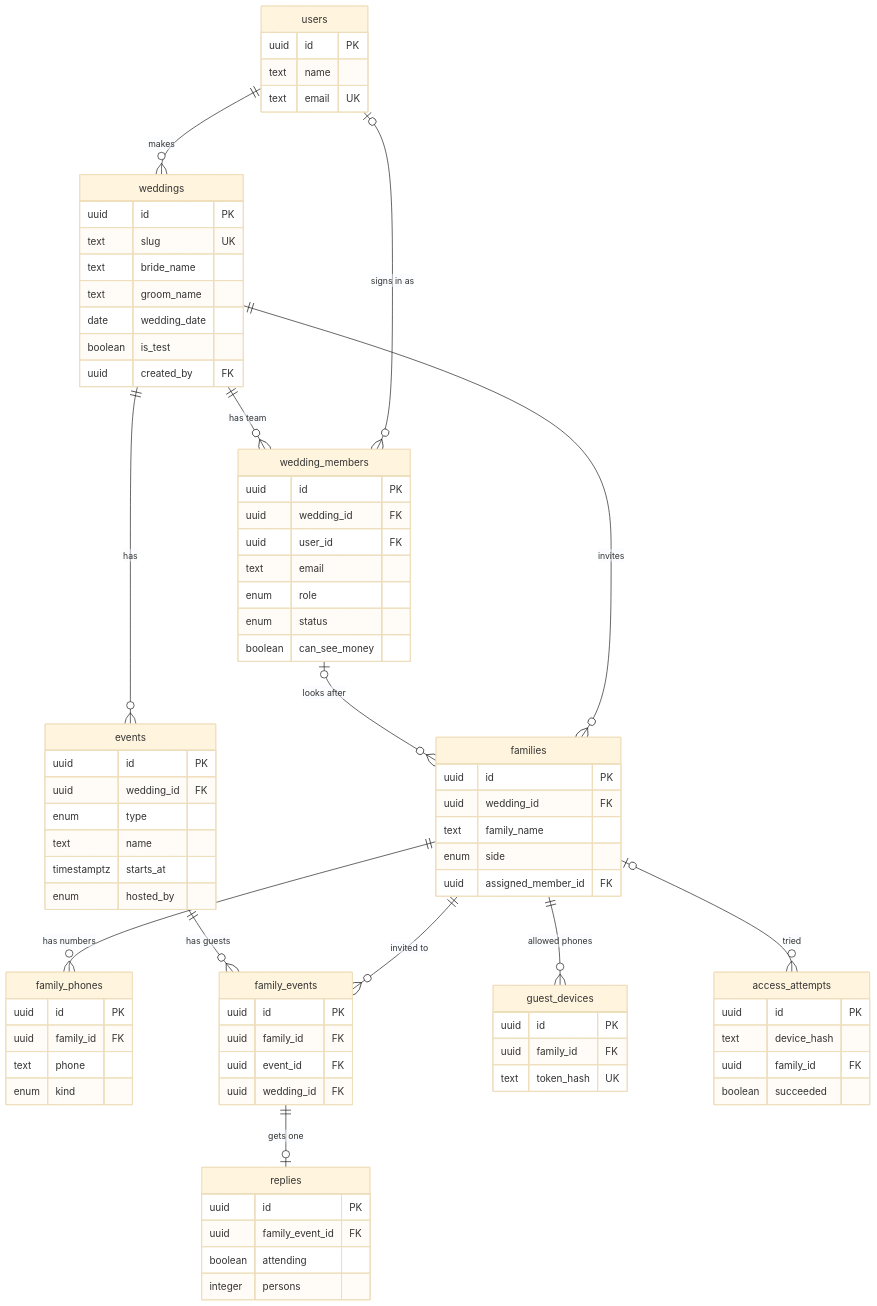
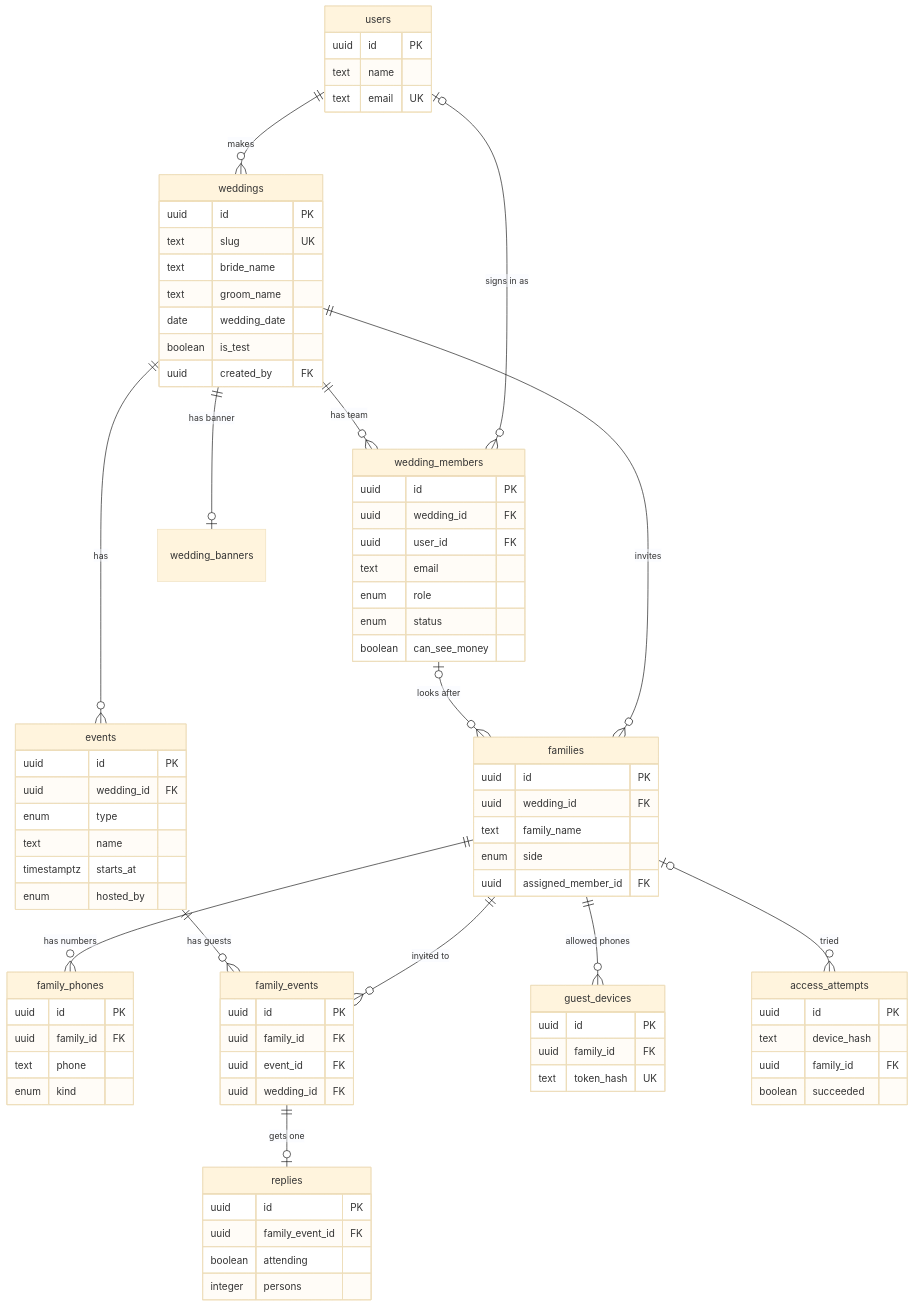
The diagram in docs/architecture/2026-10-25-shaadidesk-database-design.md (chanchal2003/Wedding-Planer-), drawn with Mermaid (base theme) before and after one commit. The commit also changed other lines of this file and 8 other files, not shown here.

```diff
--- a/docs/architecture/2026-10-25-shaadidesk-database-design.md
+++ b/docs/architecture/2026-10-25-shaadidesk-database-design.md
@@ -21,6 +21,7 @@
     users ||--o{ weddings : "makes"
     users |o--o{ wedding_members : "signs in as"
     weddings ||--o{ wedding_members : "has team"
+    weddings ||--o| wedding_banners : "has banner"
     weddings ||--o{ events : "has"
     weddings ||--o{ families : "invites"
     wedding_members |o--o{ families : "looks after"
```
